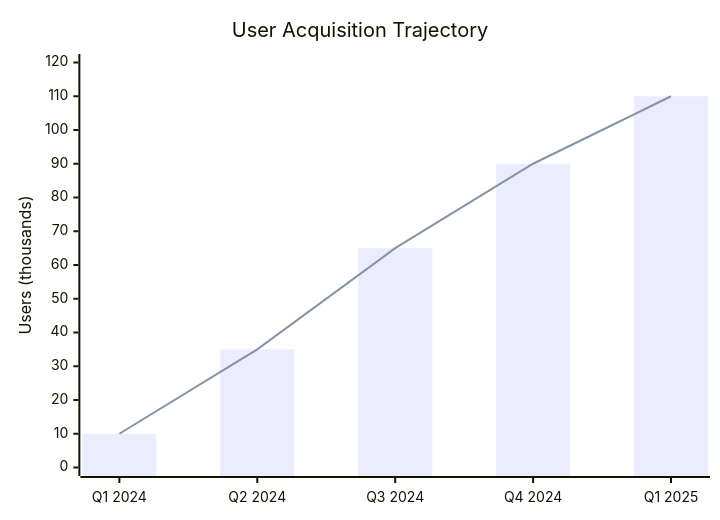
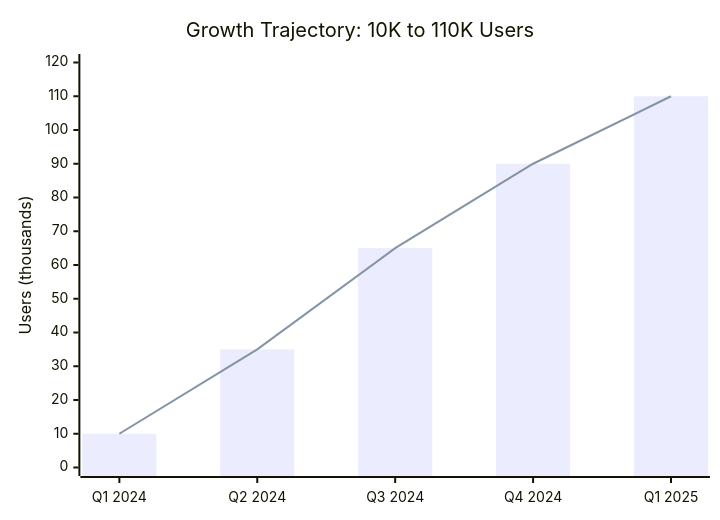
One commit to Iceman-Dann/Medly changed the tenth of 11 diagrams in README.md. Above: the diagram before and after it, drawn with Mermaid. The commit also changed other lines of this file, not shown here.

````diff
--- a/README.md
+++ b/README.md
@@ -158,8 +155,8 @@
 ```mermaid
 xychart-beta
-    title "User Acquisition Trajectory"
+    title "Growth Trajectory: 10K to 110K Users"
     x-axis ["Q1 2024", "Q2 2024", "Q3 2024", "Q4 2024", "Q1 2025"]
     y-axis "Users (thousands)" 0 --> 120
     bar [10, 35, 65, 90, 110]
     line [10, 35, 65, 90, 110]
 ```
````
